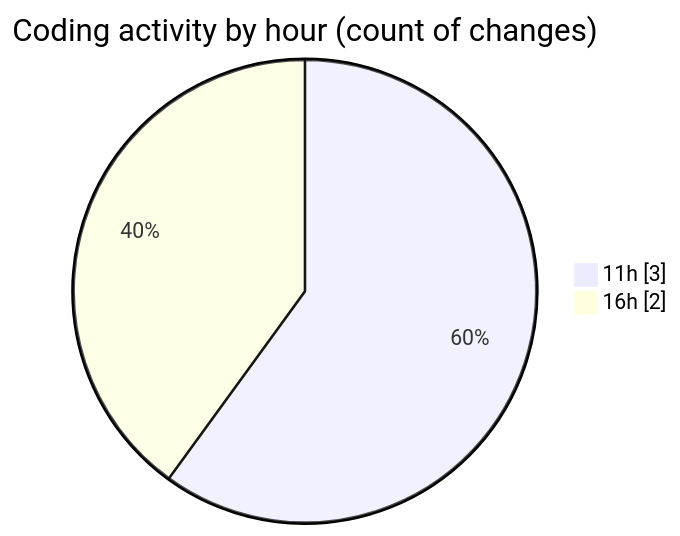
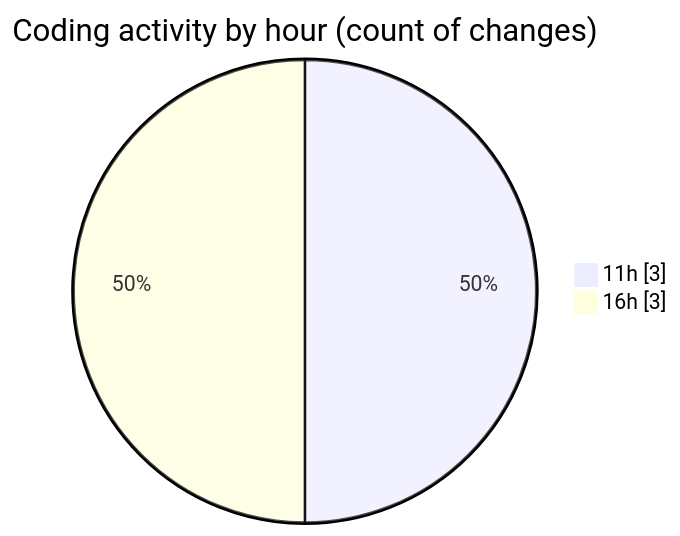
One commit to vahidmafi/code-tracking changed the second of 2 diagrams in 2025-12-10/www/README.md. Above: the diagram before and after it, drawn with Mermaid. The commit also changed other lines of this file and 1 other file, not shown here.

````diff
--- a/2025-12-10/www/README.md
+++ b/2025-12-10/www/README.md
@@ -28,6 +28,6 @@
 ```mermaid
 pie showData
 title Coding activity by hour (count of changes)
 "11h" : 3
-"16h" : 2
+"16h" : 3
 ```
````
